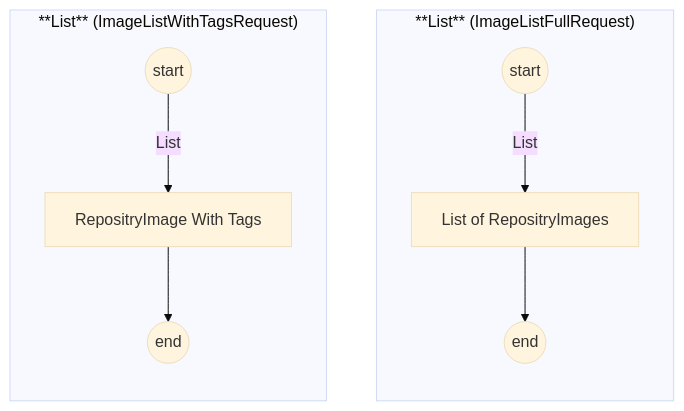
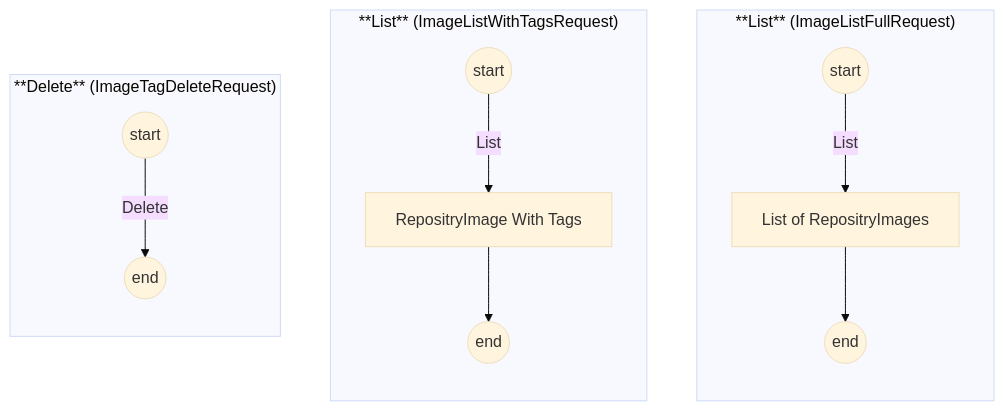
One commit to sdlfly2000/RegistryManager changed the first of 2 diagrams in UML/Application.Service.Image.md. Above: the diagram before and after it, drawn with Mermaid (base theme). The commit also changed other lines of this file and 13 other files, not shown here.

````diff
--- a/UML/Application.Service.Image.md
+++ b/UML/Application.Service.Image.md
@@ -3,23 +3,32 @@
 ```mermaid
     graph TB    
         subgraph List["**List** (ImageListFullRequest)"]
             direction TB
             start1((start))
             Image1[List of RepositryImages]
             termination1((end))
 
             %%{relationship}%%
             start1 --"List"--> Image1 --> termination1
         end
 
         subgraph List2["**List** (ImageListWithTagsRequest)"]
             direction TB
             start2((start))
             Image2[RepositryImage With Tags]
             termination2((end))
 
             %%{relationship}%%
             start2 --"List"--> Image2 --> termination2
         end
 
+        subgraph List3["**Delete** (ImageTagDeleteRequest)"]
+            direction TB
+            start3((start))
+            termination3((end))
+
+            %%{relationship}%%
+            start3 --"Delete"--> termination3
+        end
+
 ```
````
